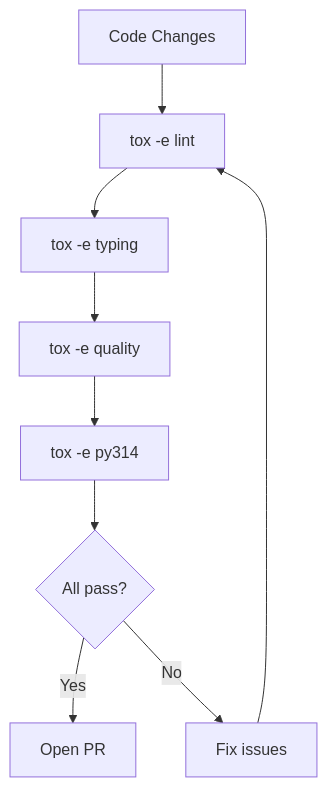
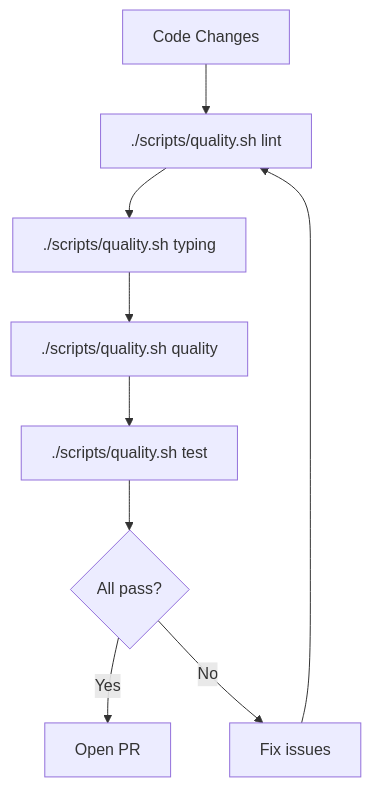
Before and after one commit to woopstar/hsem: the diagram in docs/quality-checks.md, drawn with Mermaid. The commit also changed other lines of this file and 35 other files, not shown here.

````diff
--- a/docs/quality-checks.md
+++ b/docs/quality-checks.md
@@ -72,10 +68,10 @@
 ```mermaid
 flowchart TD
-    A[Code Changes] --> B[tox -e lint]
-    B --> C[tox -e typing]
-    C --> D[tox -e quality]
-    D --> E[tox -e py314]
+    A[Code Changes] --> B[./scripts/quality.sh lint]
+    B --> C[./scripts/quality.sh typing]
+    C --> D[./scripts/quality.sh quality]
+    D --> E[./scripts/quality.sh test]
     E --> F{All pass?}
     F -->|Yes| G[Open PR]
     F -->|No| H[Fix issues] --> B
 ```
````
